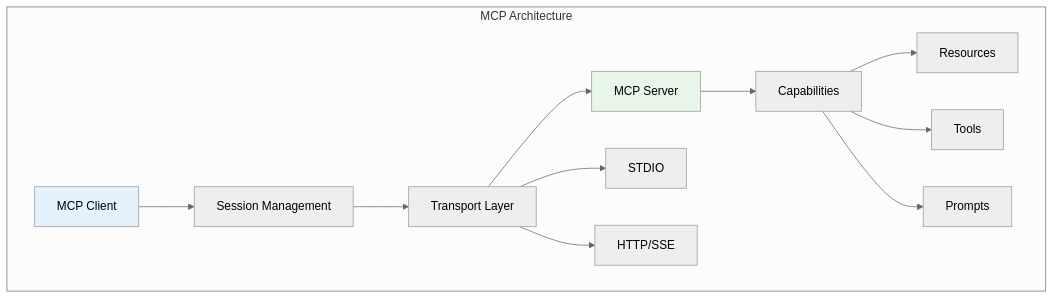
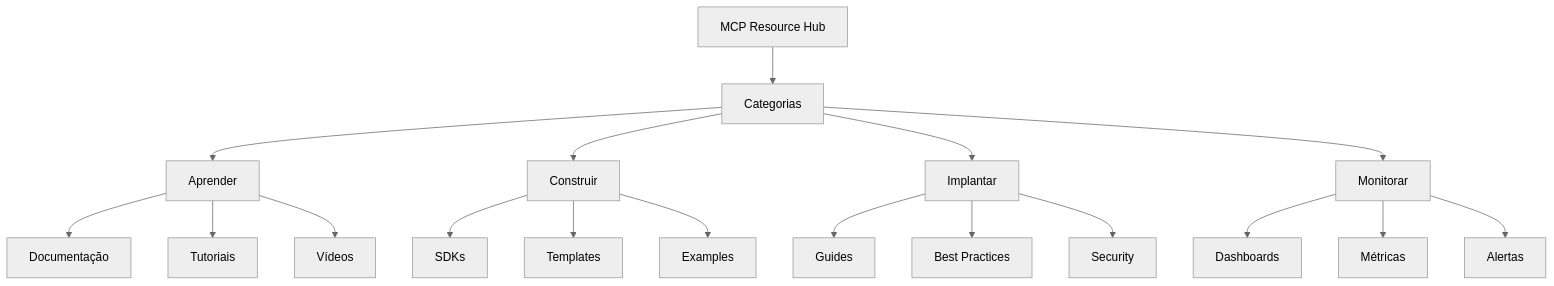
One commit to felipepimentel/my-public-notes changed diagram 17 of 19 in AI/Comunicação/MCP/00-mcp-presentation-zero to hero.md. Above: the diagram before and after it, drawn with Mermaid (neutral theme). The commit also changed other lines of this file, not shown here.

````diff
--- a/AI/Comunicação/MCP/00-mcp-presentation-zero to hero.md
+++ b/AI/Comunicação/MCP/00-mcp-presentation-zero to hero.md
@@ -418,19 +688,25 @@
 ```mermaid
-graph TB
-    subgraph "MCP Architecture"
-        CLIENT[MCP Client] --> SESSION[Session Management]
-        SESSION --> TRANSPORT[Transport Layer]
-        TRANSPORT --> SERVER[MCP Server]
-        
-        SERVER --> CAP[Capabilities]
-        CAP --> RES[Resources]
-        CAP --> TOOLS[Tools]
-        CAP --> PROMPTS[Prompts]
-        
-        TRANSPORT --> STDIO[STDIO]
-        TRANSPORT --> HTTP[HTTP/SSE]
-    end
+graph TD
+    HUB[MCP Resource Hub] --> CAT[Categorias]
     
-    style CLIENT fill:#e3f2fd
-    style SERVER fill:#e8f5e9
+    CAT --> LEARN[Aprender]
+    CAT --> BUILD[Construir]
+    CAT --> DEPLOY[Implantar]
+    CAT --> MONITOR[Monitorar]
+    
+    LEARN --> L1[Documentação]
+    LEARN --> L2[Tutoriais]
+    LEARN --> L3[Vídeos]
+    
+    BUILD --> B1[SDKs]
+    BUILD --> B2[Templates]
+    BUILD --> B3[Examples]
+    
+    DEPLOY --> D1[Guides]
+    DEPLOY --> D2[Best Practices]
+    DEPLOY --> D3[Security]
+    
+    MONITOR --> M1[Dashboards]
+    MONITOR --> M2[Métricas]
+    MONITOR --> M3[Alertas]
 ```
````
